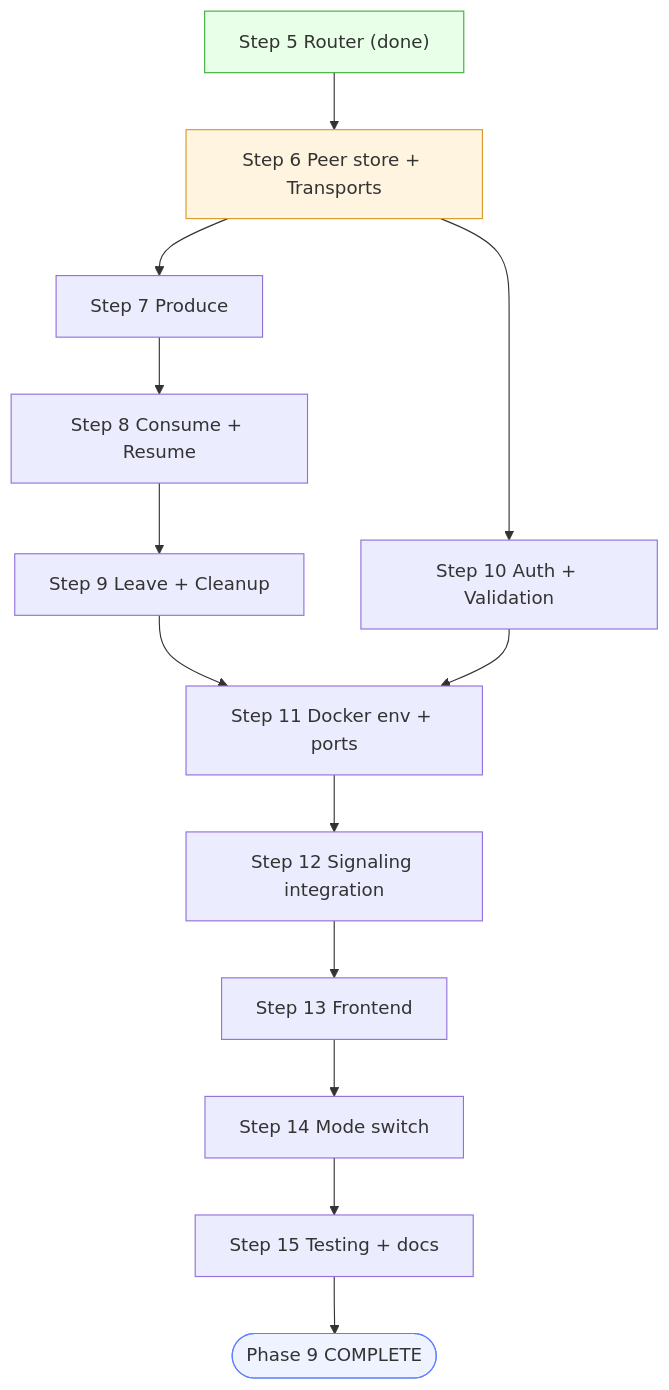
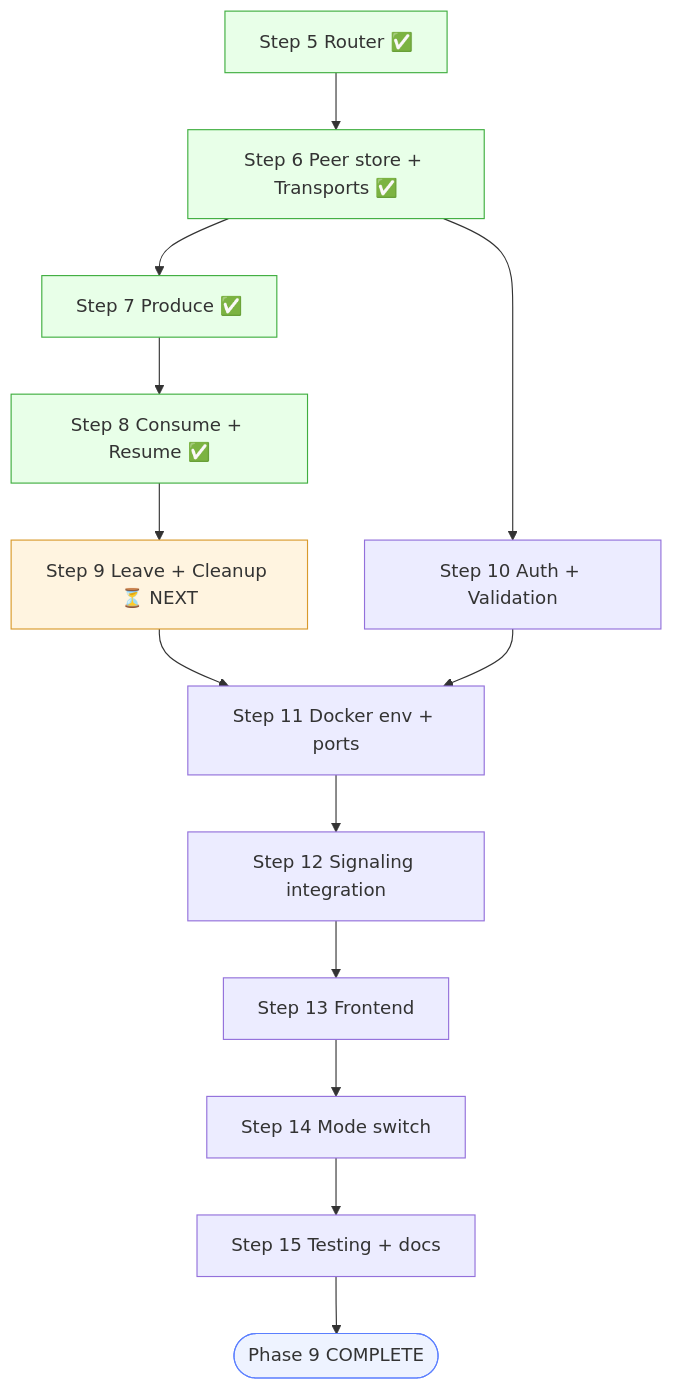
One commit to INDIAN-MEET/GOOGLE_MEET changed the third of 3 diagrams in services/sfu-service/md/Phase_9sfu_progress.MD. Above: the diagram before and after it, drawn with Mermaid. The commit also changed other lines of this file, not shown here.

````diff
--- a/services/sfu-service/md/Phase_9sfu_progress.MD
+++ b/services/sfu-service/md/Phase_9sfu_progress.MD
@@ -938,19 +455,22 @@
 ```mermaid
 flowchart TD
-    S5["Step 5 Router (done)"] --> S6["Step 6 Peer store + Transports"]
-    S6 --> S7["Step 7 Produce"]
-    S7 --> S8["Step 8 Consume + Resume"]
-    S8 --> S9["Step 9 Leave + Cleanup"]
+    S5["Step 5 Router ✅"] --> S6["Step 6 Peer store + Transports ✅"]
+    S6 --> S7["Step 7 Produce ✅"]
+    S7 --> S8["Step 8 Consume + Resume ✅"]
+    S8 --> S9["Step 9 Leave + Cleanup ⏳ NEXT"]
     S6 --> S10["Step 10 Auth + Validation"]
     S9 --> S11["Step 11 Docker env + ports"]
     S10 --> S11
     S11 --> S12["Step 12 Signaling integration"]
     S12 --> S13["Step 13 Frontend"]
     S13 --> S14["Step 14 Mode switch"]
     S14 --> S15["Step 15 Testing + docs"]
     S15 --> Done(["Phase 9 COMPLETE"])
 
     style S5 fill:#e8ffe8,stroke:#3fae3f
-    style S6 fill:#fff4e0,stroke:#d99a2b
+    style S6 fill:#e8ffe8,stroke:#3fae3f
+    style S7 fill:#e8ffe8,stroke:#3fae3f
+    style S8 fill:#e8ffe8,stroke:#3fae3f
+    style S9 fill:#fff4e0,stroke:#d99a2b
     style Done fill:#eef3ff,stroke:#5b7fff
 ```
````
